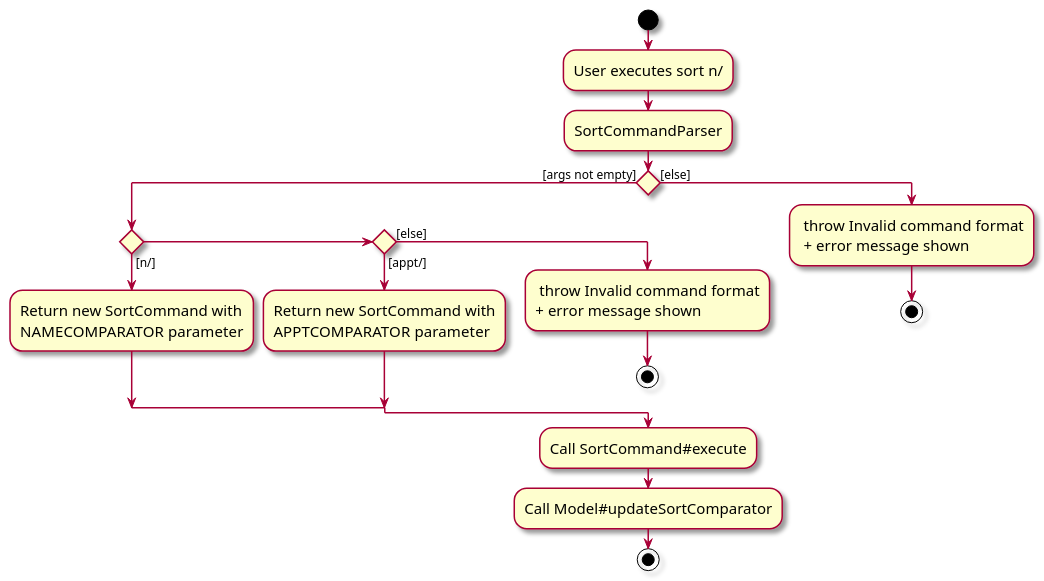
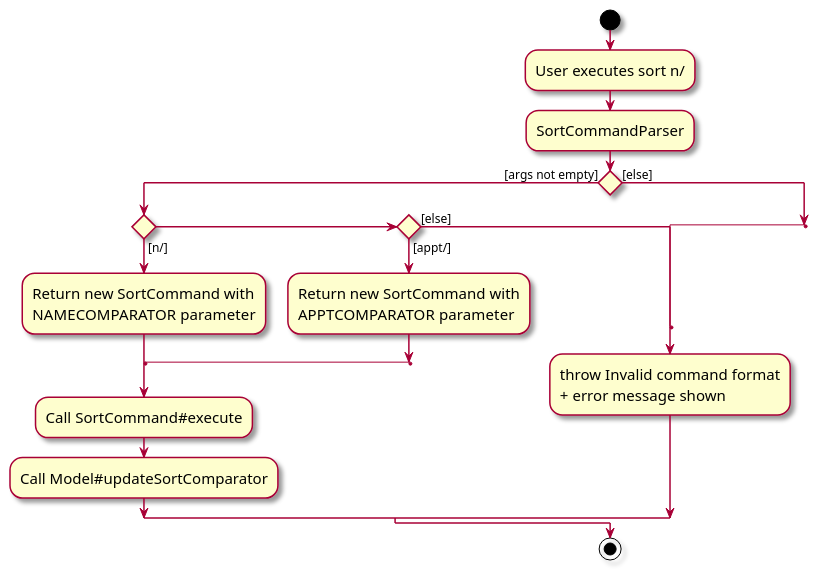
Before and after one commit to syamfarh/tp: the diagram in docs/diagrams/SortActivityDiagram.puml, drawn with PlantUML.

Commit message:
update activity diagram

```diff
--- a/docs/diagrams/SortActivityDiagram.puml
+++ b/docs/diagrams/SortActivityDiagram.puml
@@ -1,31 +1,32 @@
 @startuml
 skin rose
 skinparam ActivityFontSize 15
 skinparam ArrowFontSize 12
 
 start
-
 :User executes sort n/;
 :SortCommandParser;
 if () then ([args not empty])
   if () then ([n/])
   :Return new SortCommand with
   NAMECOMPARATOR parameter;
+  label aa
+  :Call SortCommand#execute;
+  :Call Model#updateSortComparator;
   else if () then ([appt/])
   :Return new SortCommand with
   APPTCOMPARATOR parameter;
+  goto aa
   else ([else])
-  : throw Invalid command format
+  label aa
+  :throw Invalid command format
   + error message shown;
-  stop;
+  label g
   endif
 else ([else]);
-  : throw Invalid command format
-   + error message shown;
-   stop;
+  label ace
+  goto aa
 endif
-:Call SortCommand#execute;
-:Call Model#updateSortComparator;
 stop
 
 @enduml
```
